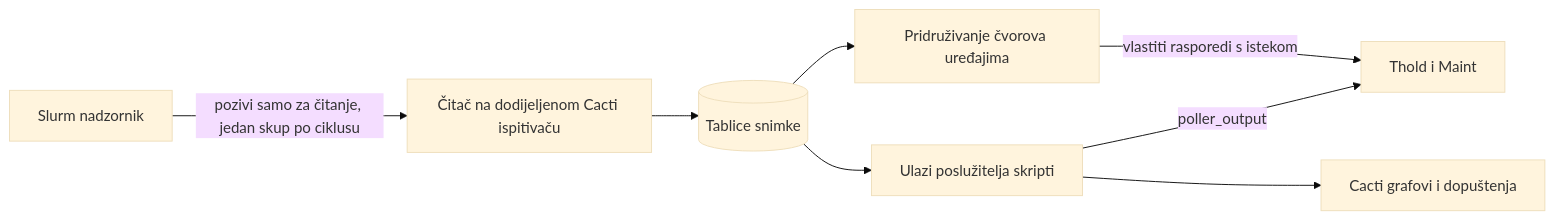
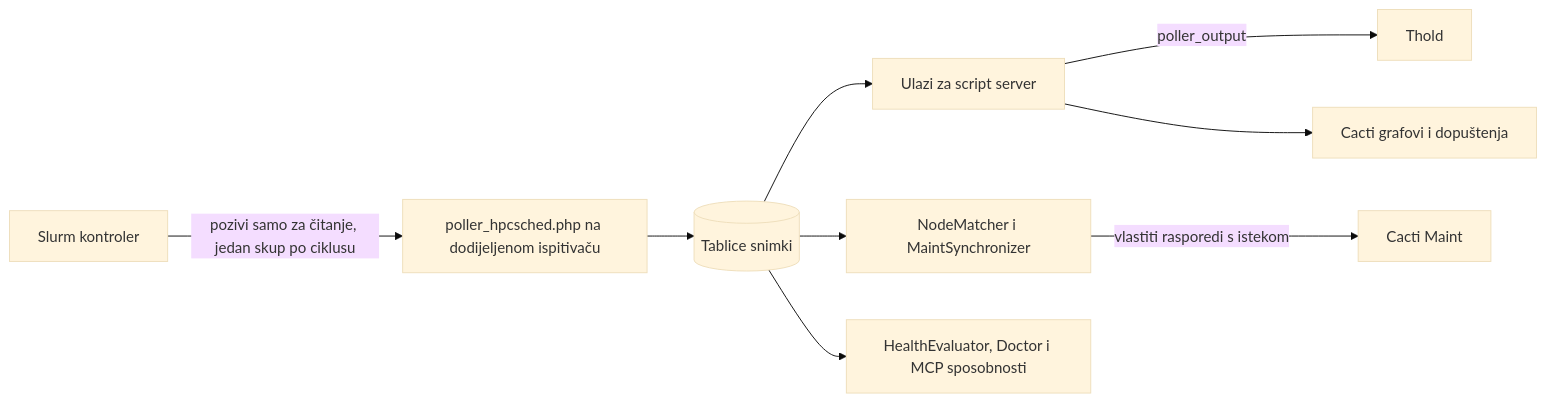
Before and after one commit to somethingwithproof/plugin_hpcsched: the diagram in docs/i18n/hr-HR/README.md, drawn with Mermaid (base theme). The commit also changed other lines of this file and 48 other files, not shown here.

````diff
--- a/docs/i18n/hr-HR/README.md
+++ b/docs/i18n/hr-HR/README.md
@@ -99,10 +163,11 @@
 ```mermaid
 flowchart LR
-    S[Slurm nadzornik] -->|pozivi samo za čitanje, jedan skup po ciklusu| R[Čitač na dodijeljenom Cacti ispitivaču]
-    R --> SNAP[(Tablice snimke)]
-    SNAP --> SS[Ulazi poslužitelja skripti]
-    SS -->|poller_output| T[Thold i Maint]
+    S[Slurm kontroler] -->|pozivi samo za čitanje, jedan skup po ciklusu| R[poller_hpcsched.php na dodijeljenom ispitivaču]
+    R --> SNAP[(Tablice snimki)]
+    SNAP --> SS[Ulazi za script server]
+    SS -->|poller_output| T[Thold]
     SS --> G[Cacti grafovi i dopuštenja]
-    SNAP --> MAP[Pridruživanje čvorova uređajima]
-    MAP -->|vlastiti rasporedi s istekom| T
+    SNAP --> MAP[NodeMatcher i MaintSynchronizer]
+    MAP -->|vlastiti rasporedi s istekom| M[Cacti Maint]
+    SNAP --> H[HealthEvaluator, Doctor i MCP sposobnosti]
 ```
````
